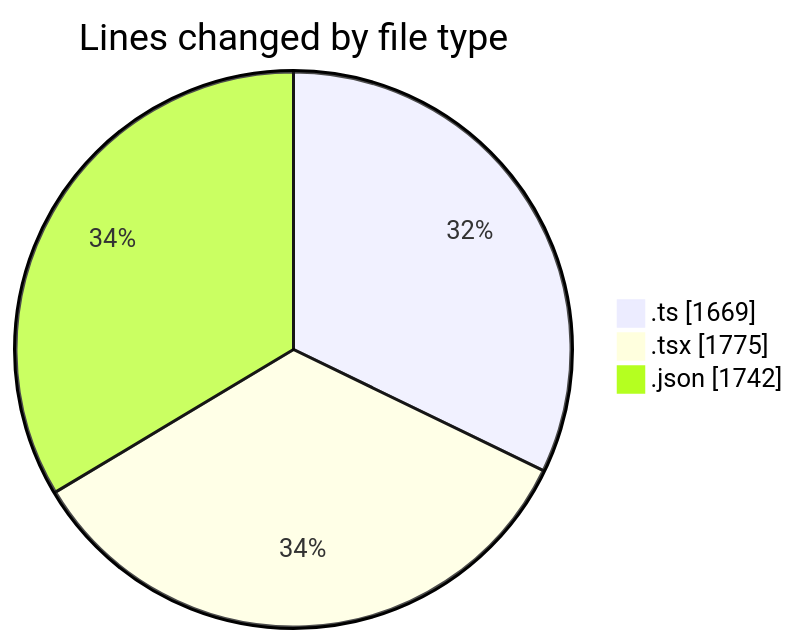
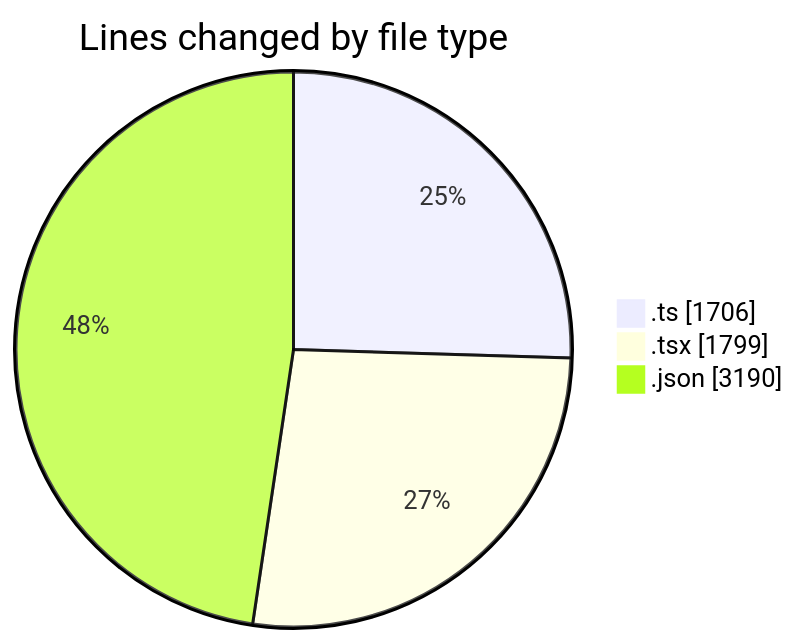
Before and after one commit to julien-gomy/code-tracking: the first of 2 diagrams in 2025-10-23/eventscop-frontend-guide__workspace_/README.md, drawn with Mermaid. The commit also changed other lines of this file and 1 other file, not shown here.

````diff
--- a/2025-10-23/eventscop-frontend-guide__workspace_/README.md
+++ b/2025-10-23/eventscop-frontend-guide__workspace_/README.md
@@ -33,7 +33,7 @@
 ```mermaid
 pie showData
 title Lines changed by file type
-".ts" : 1669
-".tsx" : 1775
-".json" : 1742
+".ts" : 1706
+".tsx" : 1799
+".json" : 3190
 ```
````
